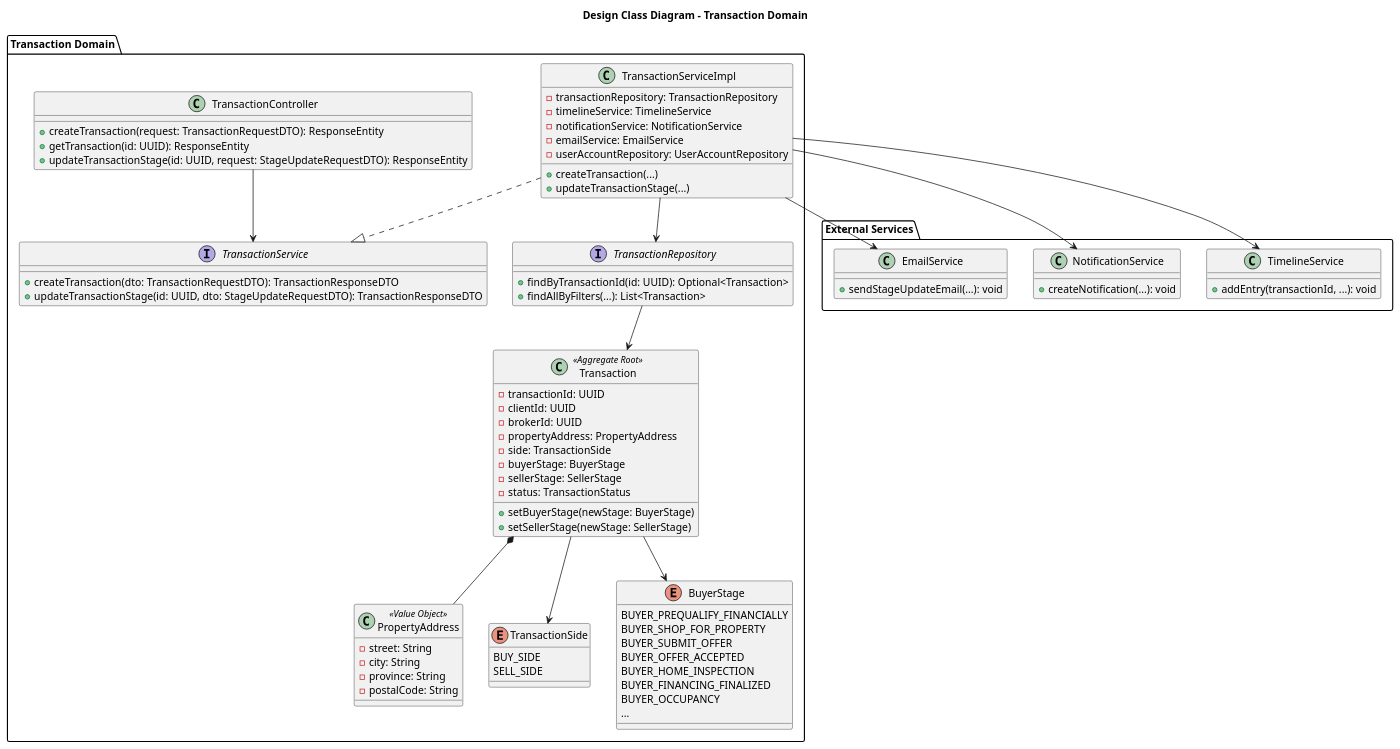
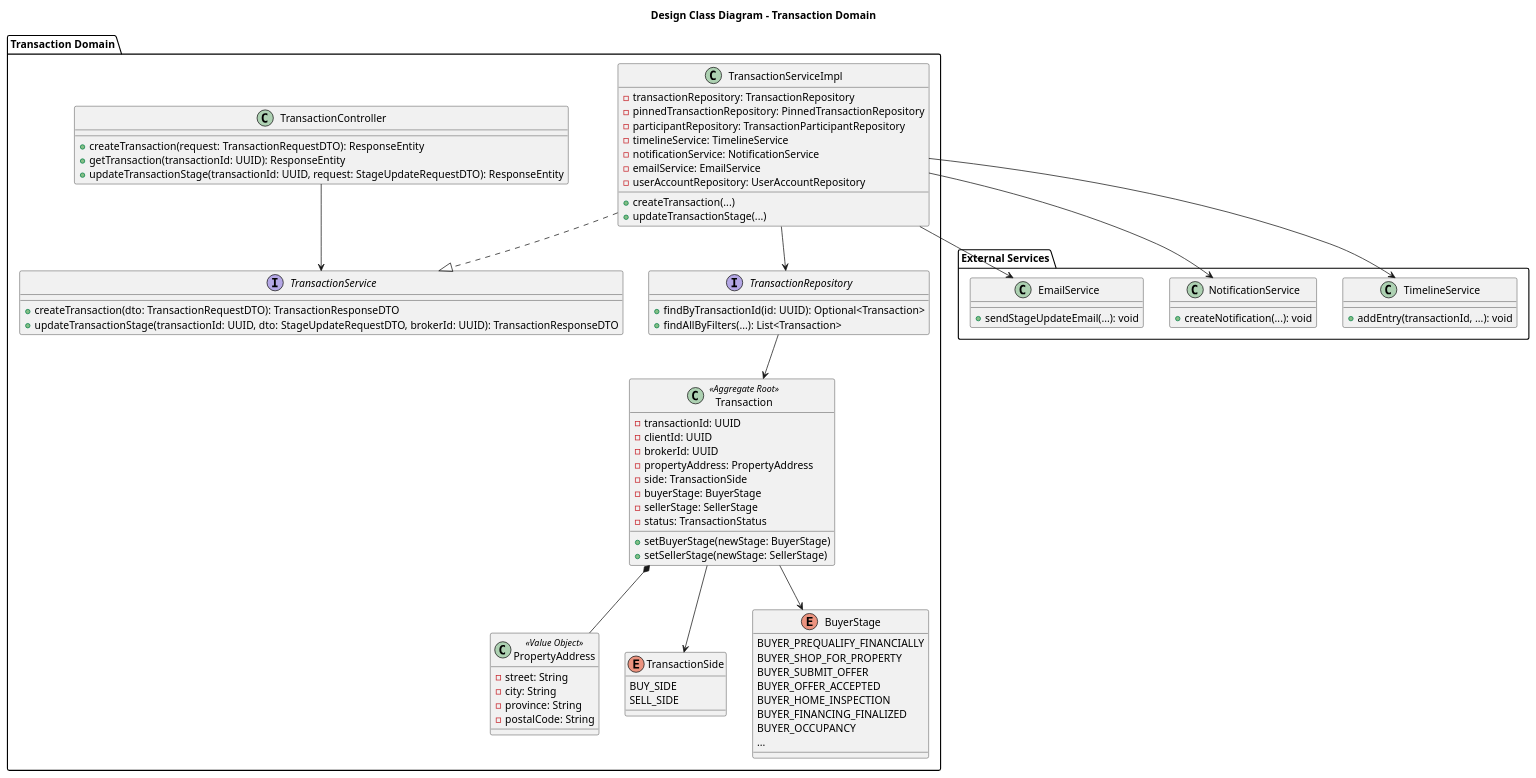
Before and after one commit to CourtierPro/CourtierPro: the diagram in docs/PersonalUseCase/Amir/DLCD_TransactionDomain.puml, drawn with PlantUML. The commit also changed 16 other files, not shown here.

```diff
--- a/docs/PersonalUseCase/Amir/DLCD_TransactionDomain.puml
+++ b/docs/PersonalUseCase/Amir/DLCD_TransactionDomain.puml
@@ -1,92 +1,94 @@
 @startuml
 title Design Class Diagram - Transaction Domain
 
 package "Transaction Domain" {
     
     class TransactionController {
         + createTransaction(request: TransactionRequestDTO): ResponseEntity
-        + getTransaction(id: UUID): ResponseEntity
-        + updateTransactionStage(id: UUID, request: StageUpdateRequestDTO): ResponseEntity
+        + getTransaction(transactionId: UUID): ResponseEntity
+        + updateTransactionStage(transactionId: UUID, request: StageUpdateRequestDTO): ResponseEntity
     }
 
     interface TransactionService {
         + createTransaction(dto: TransactionRequestDTO): TransactionResponseDTO
-        + updateTransactionStage(id: UUID, dto: StageUpdateRequestDTO): TransactionResponseDTO
+        + updateTransactionStage(transactionId: UUID, dto: StageUpdateRequestDTO, brokerId: UUID): TransactionResponseDTO
     }
 
     class TransactionServiceImpl {
         - transactionRepository: TransactionRepository
+        - pinnedTransactionRepository: PinnedTransactionRepository
+        - participantRepository: TransactionParticipantRepository
         - timelineService: TimelineService
         - notificationService: NotificationService
         - emailService: EmailService
         - userAccountRepository: UserAccountRepository
         + createTransaction(...)
         + updateTransactionStage(...)
     }
 
     interface TransactionRepository {
         + findByTransactionId(id: UUID): Optional<Transaction>
         + findAllByFilters(...): List<Transaction>
     }
 
     class Transaction <<Aggregate Root>> {
         - transactionId: UUID
         - clientId: UUID
         - brokerId: UUID
         - propertyAddress: PropertyAddress
         - side: TransactionSide
         - buyerStage: BuyerStage
         - sellerStage: SellerStage
         - status: TransactionStatus
         + setBuyerStage(newStage: BuyerStage)
         + setSellerStage(newStage: SellerStage)
     }
 
     class PropertyAddress <<Value Object>> {
         - street: String
         - city: String
         - province: String
         - postalCode: String
     }
 
     enum TransactionSide {
         BUY_SIDE
         SELL_SIDE
     }
 
     enum BuyerStage {
         BUYER_PREQUALIFY_FINANCIALLY
         BUYER_SHOP_FOR_PROPERTY
         BUYER_SUBMIT_OFFER
         BUYER_OFFER_ACCEPTED
         BUYER_HOME_INSPECTION
         BUYER_FINANCING_FINALIZED
         BUYER_OCCUPANCY
         ...
     }
 }
 
 package "External Services" {
     class TimelineService {
         + addEntry(transactionId, ...): void
     }
     class NotificationService {
         + createNotification(...): void
     }
     class EmailService {
         + sendStageUpdateEmail(...): void
     }
 }
 
 TransactionController --> TransactionService
 TransactionServiceImpl ..|> TransactionService
 TransactionServiceImpl --> TransactionRepository
 TransactionServiceImpl --> TimelineService
 TransactionServiceImpl --> NotificationService
 TransactionServiceImpl --> EmailService
 TransactionRepository --> Transaction
 Transaction *-- PropertyAddress
 Transaction --> TransactionSide
 Transaction --> BuyerStage
 
 @enduml
```
